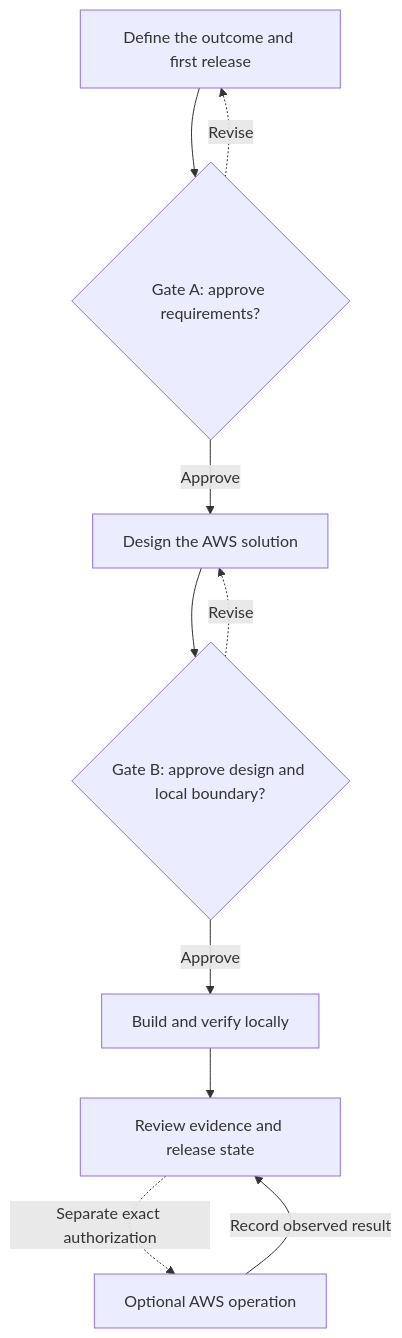
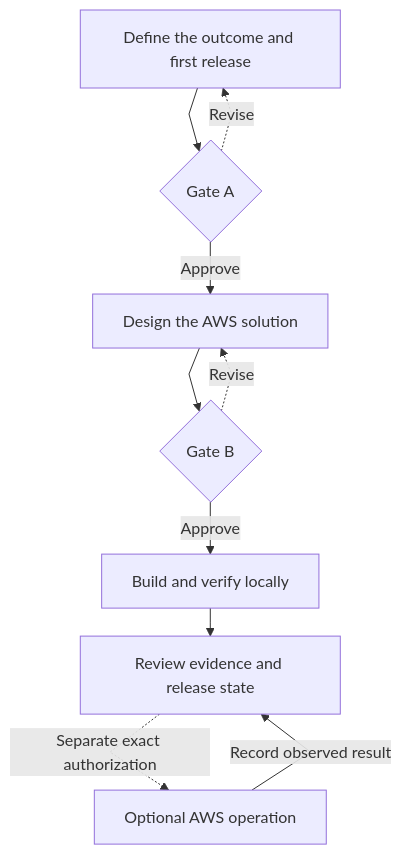
The diagram in README.md (Levi-Breedlove/codex-aws-aidlc), drawn with Mermaid before and after one commit. The commit also changed other lines of this file and 87 other files, not shown here.

````diff
--- a/README.md
+++ b/README.md
@@ -42,23 +54,24 @@
 ```mermaid
+%%{init: {"flowchart": {"curve": "linear", "nodeSpacing": 24, "rankSpacing": 28}, "themeVariables": {"fontSize": "16px"}}}%%
 flowchart TB
     accTitle: AWS Codex Fastlane product lifecycle
     accDescr: The owner approves requirements at Gate A and the technical plan and local construction boundary at Gate B. Fastlane then builds and verifies locally. An optional AWS operation requires separate exact owner authorization, and its observed result returns to release review.
 
     DEFINE["Define the outcome and first release"]
-    GATEA{"Gate A: approve requirements?"}
+    GATEA{"Gate A"}
     DESIGN["Design the AWS solution"]
-    GATEB{"Gate B: approve design and local boundary?"}
+    GATEB{"Gate B"}
     LOCAL["Build and verify locally"]
     REVIEW["Review evidence and release state"]
     AWS["Optional AWS operation"]
 
     DEFINE --> GATEA
     GATEA -->|"Approve"| DESIGN
     GATEA -. "Revise" .-> DEFINE
     DESIGN --> GATEB
     GATEB -->|"Approve"| LOCAL
     GATEB -. "Revise" .-> DESIGN
     LOCAL --> REVIEW
     REVIEW -. "Separate exact authorization" .-> AWS
     AWS -->|"Record observed result"| REVIEW
 ```
````
